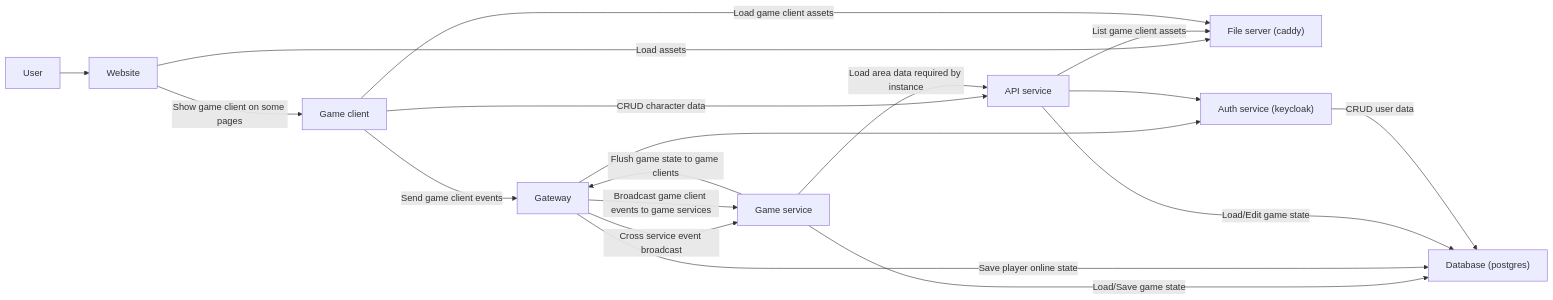
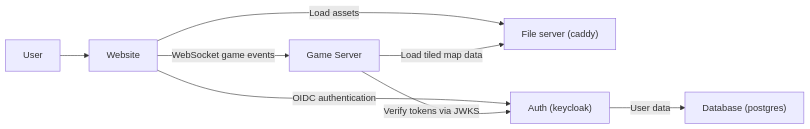
The first of 2 diagrams in readme.md (kasper573/mp), drawn with Mermaid before and after one commit. The commit also changed other lines of this file and 31 other files, not shown here.

````diff
--- a/readme.md
+++ b/readme.md
@@ -152,27 +152,14 @@
 ```mermaid
 flowchart LR
   User --> WEB["Website"]
 
-  GC -->|Send game client events| GW["Gateway"]
-  GS -->|Flush game state to game clients| GW
-
-  GW -->|Cross service event broadcast| GS["Game service"]
-  GW -->|Broadcast game client events to game services| GS
-
-  WEB -->|Show game client on some pages| GC["Game client"]
-
-  GC -->|CRUD character data| API["API service"]
-  GS -->|Load area data required by instance| API
+  WEB -->|WebSocket game events| SRV["Game Server"]
 
   WEB -->|Load assets| FS["File server (caddy)"]
-  API -->|List game client assets| FS
-  GC -->|Load game client assets| FS
+  SRV -->|Load tiled map data| FS
 
-  GW --> KC["Auth service (keycloak)"]
-  API --> KC
+  WEB -->|OIDC authentication| KC["Auth (keycloak)"]
+  SRV -->|Verify tokens via JWKS| KC
 
-  GS -->|Load/Save game state| DB["Database (postgres)"]
-  GW -->|Save player online state| DB
-  API -->|Load/Edit game state| DB
-  KC -->|CRUD user data| DB
+  KC -->|User data| DB["Database (postgres)"]
 ```
````
